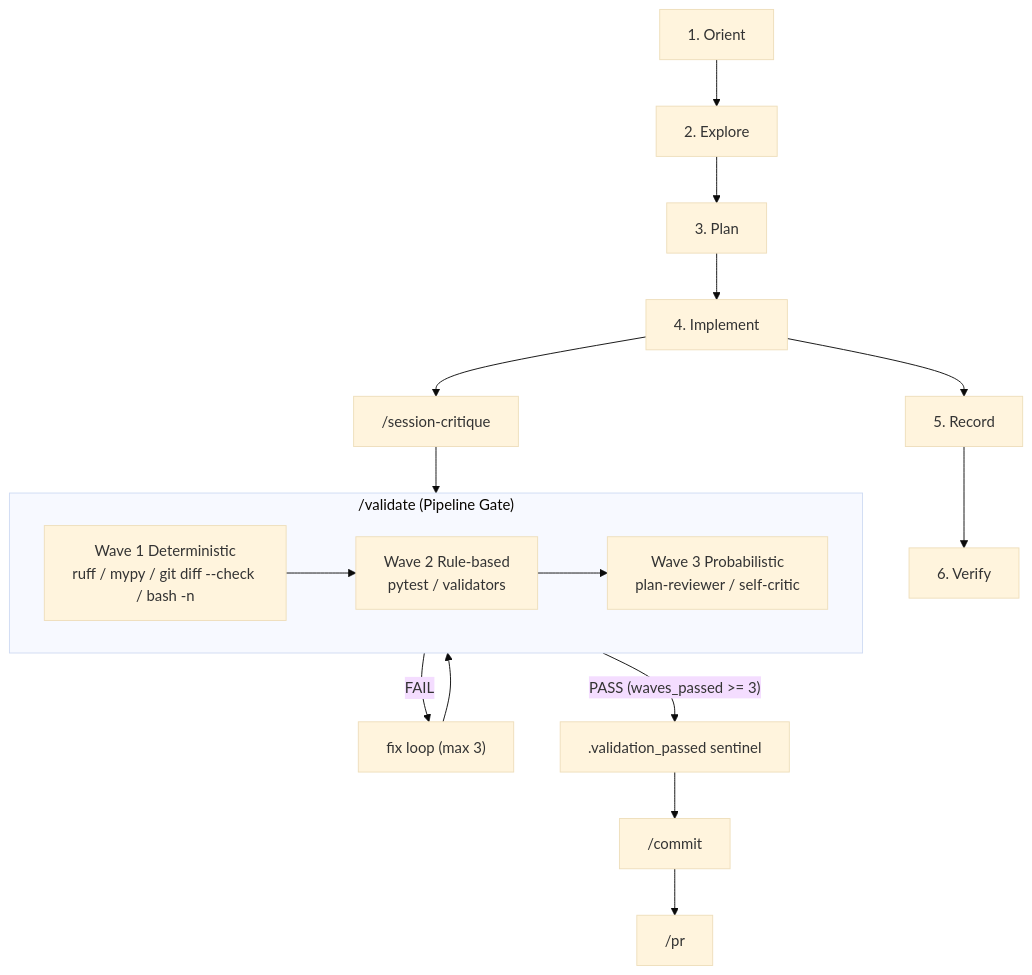
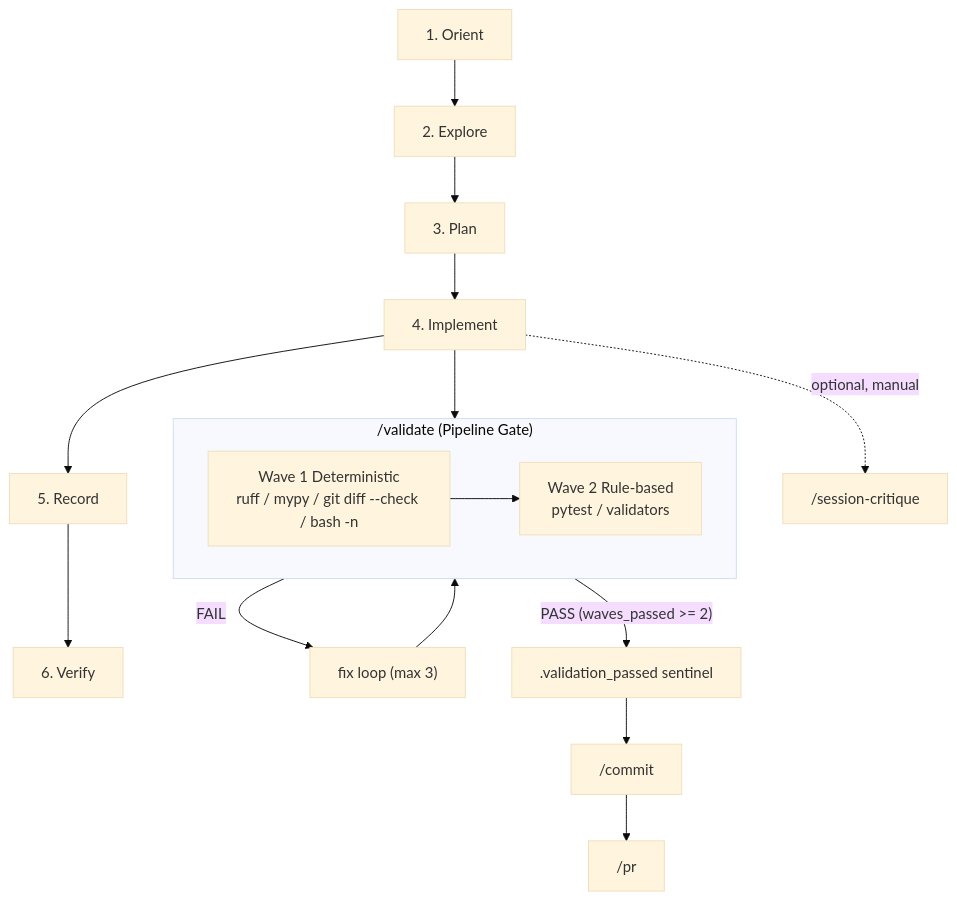
The eighth of 8 diagrams in docs/VISUAL-OVERVIEW.md (SamyakJhaveri/loam), drawn with Mermaid (base theme) before and after one commit. The commit also changed other lines of this file and 18 other files, not shown here.

First line of the commit message:
refactor(validate): slim Pipeline Gate to 2 waves; session-critique manual-only

````diff
--- a/docs/VISUAL-OVERVIEW.md
+++ b/docs/VISUAL-OVERVIEW.md
@@ -130,24 +130,23 @@
 ```mermaid
 flowchart TD
   orient["1. Orient"] --> explore["2. Explore"]
   explore --> plan["3. Plan"]
   plan --> impl["4. Implement"]
   impl --> record["5. Record"]
   record --> verify["6. Verify"]
 
-  impl --> crit["/session-critique"]
-  crit --> validate
+  impl --> validate
+  impl -.->|"optional, manual"| crit["/session-critique"]
 
   subgraph validate["/validate (Pipeline Gate)"]
     w1["Wave 1 Deterministic<br/>ruff / mypy / git diff --check / bash -n"]
     w2["Wave 2 Rule-based<br/>pytest / validators"]
-    w3["Wave 3 Probabilistic<br/>plan-reviewer / self-critic"]
-    w1 --> w2 --> w3
+    w1 --> w2
   end
 
   validate -->|"FAIL"| fix["fix loop (max 3)"]
   fix --> validate
-  validate -->|"PASS (waves_passed &gt;= 3)"| sentinel[".validation_passed sentinel"]
+  validate -->|"PASS (waves_passed &gt;= 2)"| sentinel[".validation_passed sentinel"]
   sentinel --> commit["/commit"]
   commit --> pr["/pr"]
 ```
````
